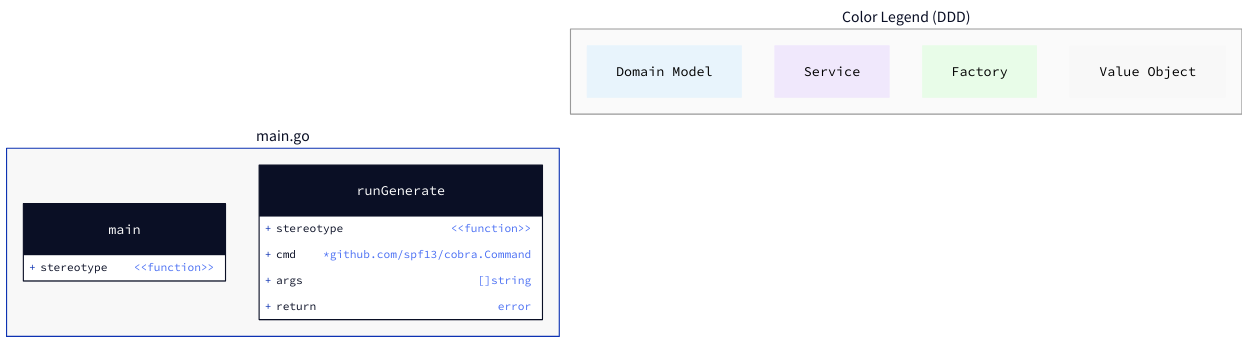
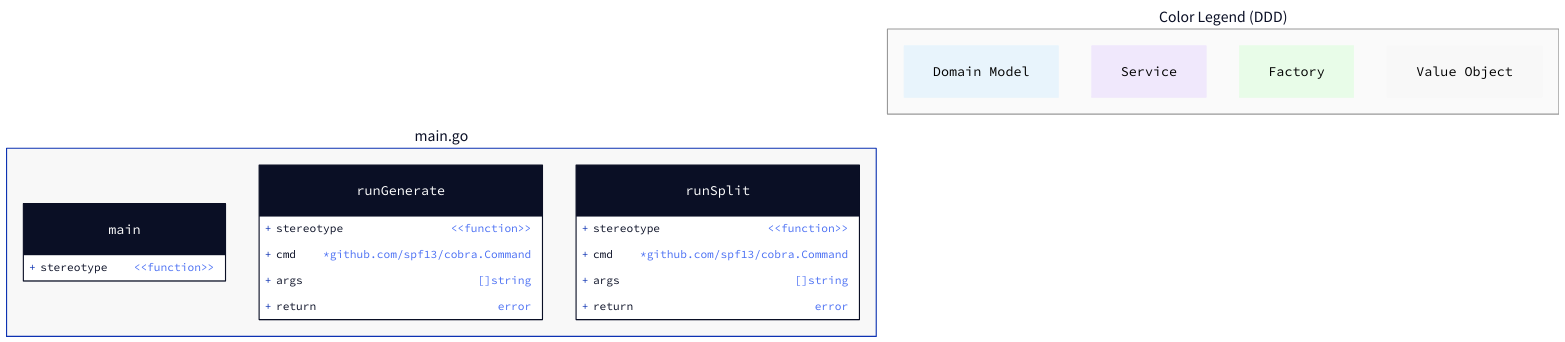
Before and after one commit to kgatilin/archai: the diagram in cmd/archai/.arch/internal.d2, drawn with D2. The commit also changed 13 other files, not shown here.

First line of the commit message:
Regenerate diagrams and update D2 adapter formatting

```diff
--- a/cmd/archai/.arch/internal.d2
+++ b/cmd/archai/.arch/internal.d2
@@ -1,58 +1,67 @@
 # main package
 
 # Legend
 legend: {
   label: "Color Legend (DDD)"
   style.stroke: "#999"
   style.fill: "#fafafa"
   near: top-right
 
   aggregate: {
     label: "Domain Model"
     shape: class
     style.fill: "#e8f4fc"
     style.font-color: "#000"
   }
   service: {
     label: "Service"
     shape: class
     style.fill: "#f0e8fc"
     style.font-color: "#000"
   }
   factory: {
     label: "Factory"
     shape: class
     style.fill: "#e8fce8"
     style.font-color: "#000"
   }
   options: {
     label: "Value Object"
     shape: class
     style.fill: "#f8f8f8"
     style.font-color: "#000"
   }
 }
 
 # Files
 main: {
   label: "main.go"
   style.fill: "#f8f8f8"
 
   main: {
     shape: class
     stereotype: "<<function>>"
   }
 
   runGenerate: {
     shape: class
     stereotype: "<<function>>"
 
     "cmd": "*github.com/spf13/cobra.Command"
     "args": "[]string"
     "return": "error"
   }
 
+  runSplit: {
+    shape: class
+    stereotype: "<<function>>"
+
+    "cmd": "*github.com/spf13/cobra.Command"
+    "args": "[]string"
+    "return": "error"
+  }
+
 
 }
 
 # Dependencies
```
